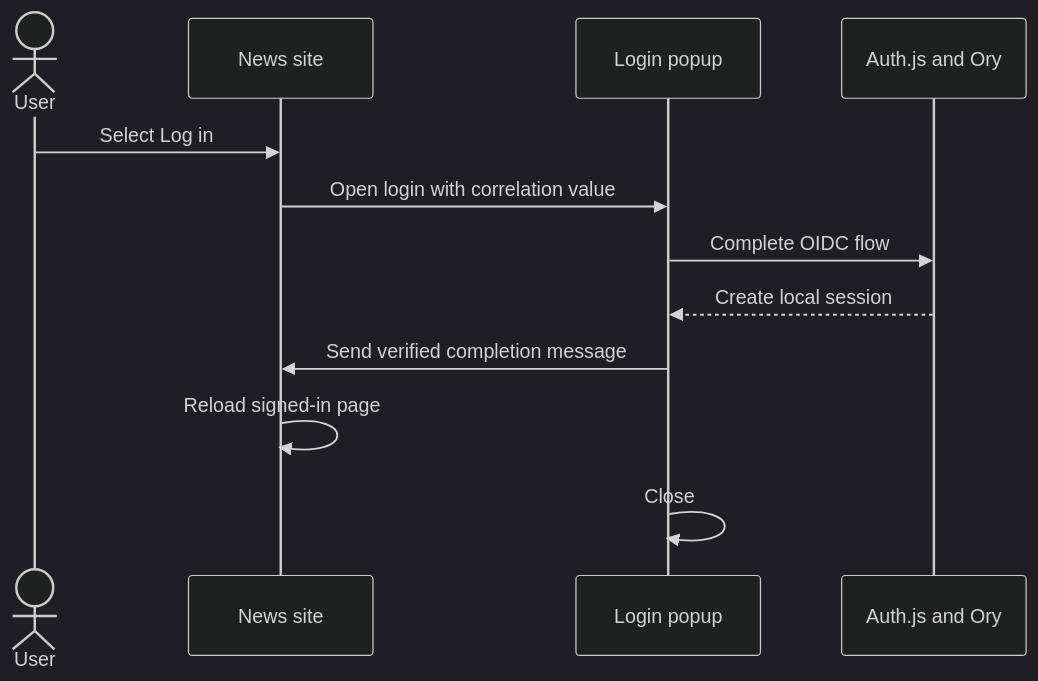
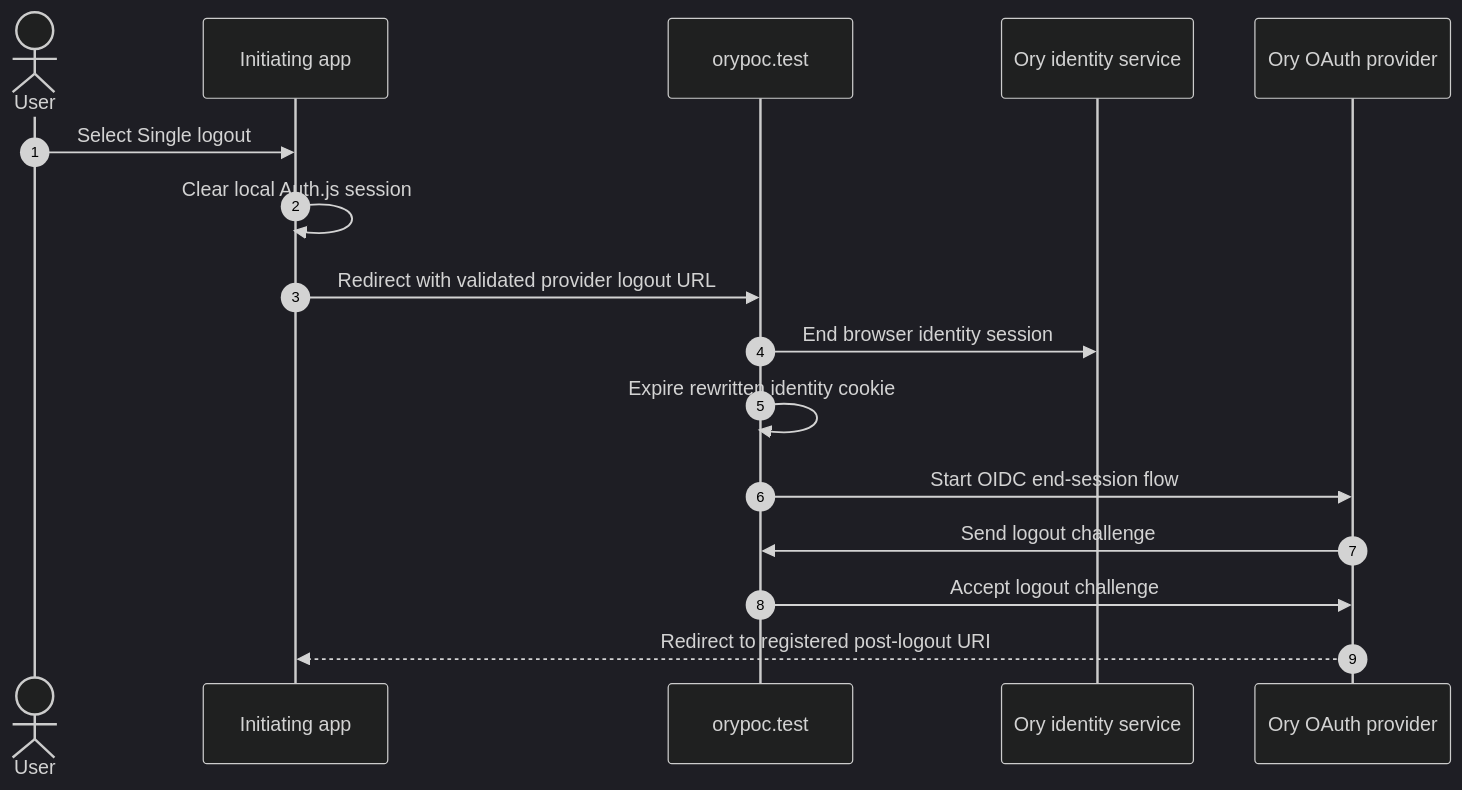
The third of 3 diagrams in SSO.md (blue-rigel/ory-poc), drawn with Mermaid (dark theme) before and after one commit. The commit also changed other lines of this file and 13 other files, not shown here.

Commit message:
feat: revamp sso flow

````diff
--- a/SSO.md
+++ b/SSO.md
@@ -68,15 +177,19 @@
 ```mermaid
 sequenceDiagram
+    autonumber
     actor User
-    participant Main as News site
-    participant Popup as Login popup
-    participant Ory as Auth.js and Ory
+    participant App as Initiating app
+    participant Portal as orypoc.test
+    participant Identity as Ory identity service
+    participant OAuth as Ory OAuth provider
 
-    User->>Main: Select Log in
-    Main->>Popup: Open login with correlation value
-    Popup->>Ory: Complete OIDC flow
-    Ory-->>Popup: Create local session
-    Popup->>Main: Send verified completion message
-    Main->>Main: Reload signed-in page
-    Popup->>Popup: Close
+    User->>App: Select Single logout
+    App->>App: Clear local Auth.js session
+    App->>Portal: Redirect with validated provider logout URL
+    Portal->>Identity: End browser identity session
+    Portal->>Portal: Expire rewritten identity cookie
+    Portal->>OAuth: Start OIDC end-session flow
+    OAuth->>Portal: Send logout challenge
+    Portal->>OAuth: Accept logout challenge
+    OAuth-->>App: Redirect to registered post-logout URI
 ```
````
